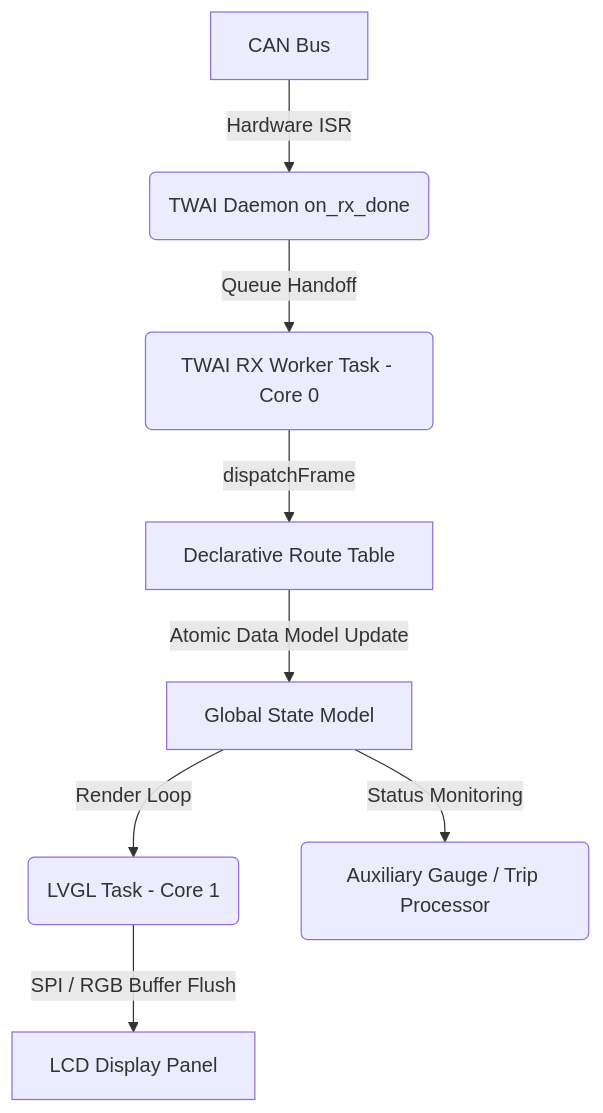
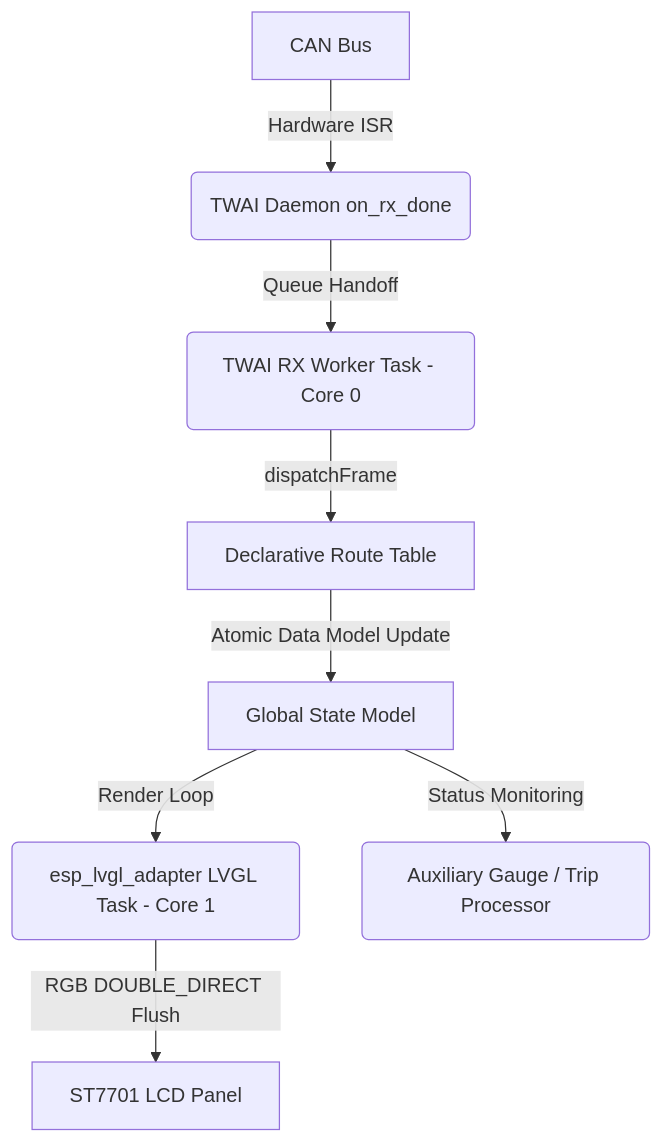
The diagram in right_screen/TOO.MD (martinroger/vx-binocle-espidf), drawn with Mermaid before and after one commit. The commit also changed other lines of this file and 6 other files, not shown here.

````diff
--- a/right_screen/TOO.MD
+++ b/right_screen/TOO.MD
@@ -7,10 +7,10 @@
 ```mermaid
 graph TD
     A[CAN Bus] -->|Hardware ISR| B(TWAI Daemon on_rx_done)
     B -->|Queue Handoff| C(TWAI RX Worker Task - Core 0)
     C -->|dispatchFrame| D[Declarative Route Table]
     D -->|Atomic Data Model Update| E[Global State Model]
-    E -->|Render Loop| F(LVGL Task - Core 1)
-    F -->|SPI / RGB Buffer Flush| G[LCD Display Panel]
+    E -->|Render Loop| F(esp_lvgl_adapter LVGL Task - Core 1)
+    F -->|RGB DOUBLE_DIRECT Flush| G[ST7701 LCD Panel]
     E -->|Status Monitoring| H(Auxiliary Gauge / Trip Processor)
 ```
````
